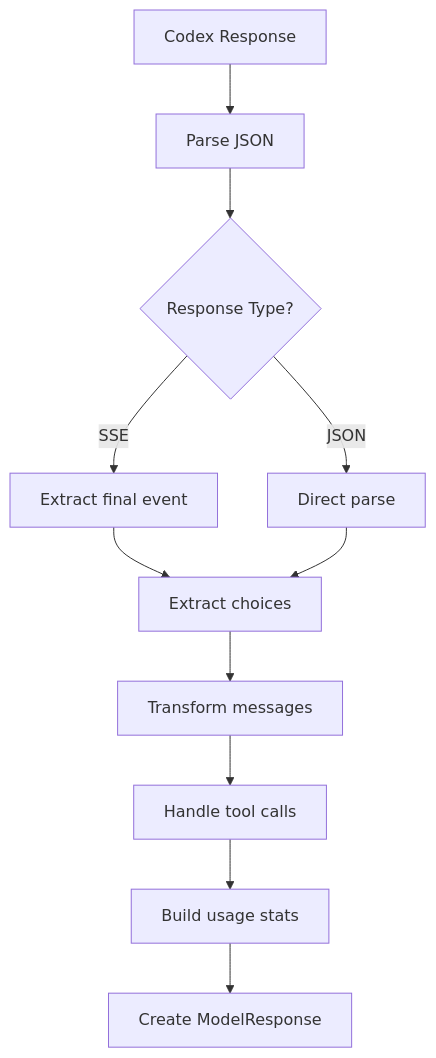
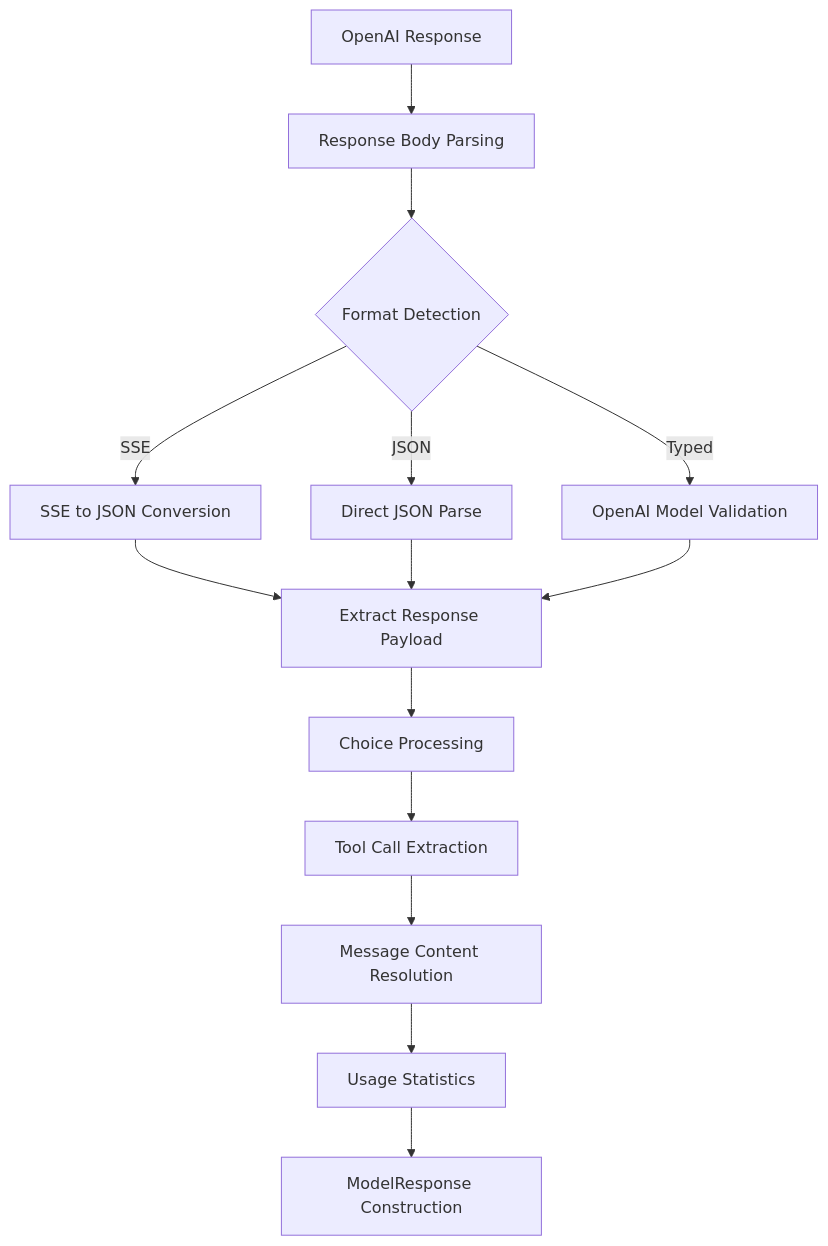
Before and after one commit to jslorrma/litellm-codex-oauth-provider: the ninth of 13 diagrams in docs/architecture.md, drawn with Mermaid. The commit also changed other lines of this file and 3 other files, not shown here.

First line of the commit message:
docs: update documentation for OpenAI client architecture

````diff
--- a/docs/architecture.md
+++ b/docs/architecture.md
@@ -193,13 +272,18 @@
 ```mermaid
 flowchart TD
-    A[Codex Response] --> B[Parse JSON]
-    B --> C{Response Type?}
-    C -->|SSE| D[Extract final event]
-    C -->|JSON| E[Direct parse]
-    D --> F[Extract choices]
-    E --> F
-    F --> G[Transform messages]
-    G --> H[Handle tool calls]
-    H --> I[Build usage stats]
-    I --> J[Create ModelResponse]
+    A[OpenAI Response] --> B[Response Body Parsing]
+    B --> C{Format Detection}
+    C -->|SSE| D[SSE to JSON Conversion]
+    C -->|JSON| E[Direct JSON Parse]
+    C -->|Typed| F[OpenAI Model Validation]
+
+    D --> G[Extract Response Payload]
+    E --> G
+    F --> G
+
+    G --> H[Choice Processing]
+    H --> I[Tool Call Extraction]
+    I --> J[Message Content Resolution]
+    J --> K[Usage Statistics]
+    K --> L[ModelResponse Construction]
 ```
````
